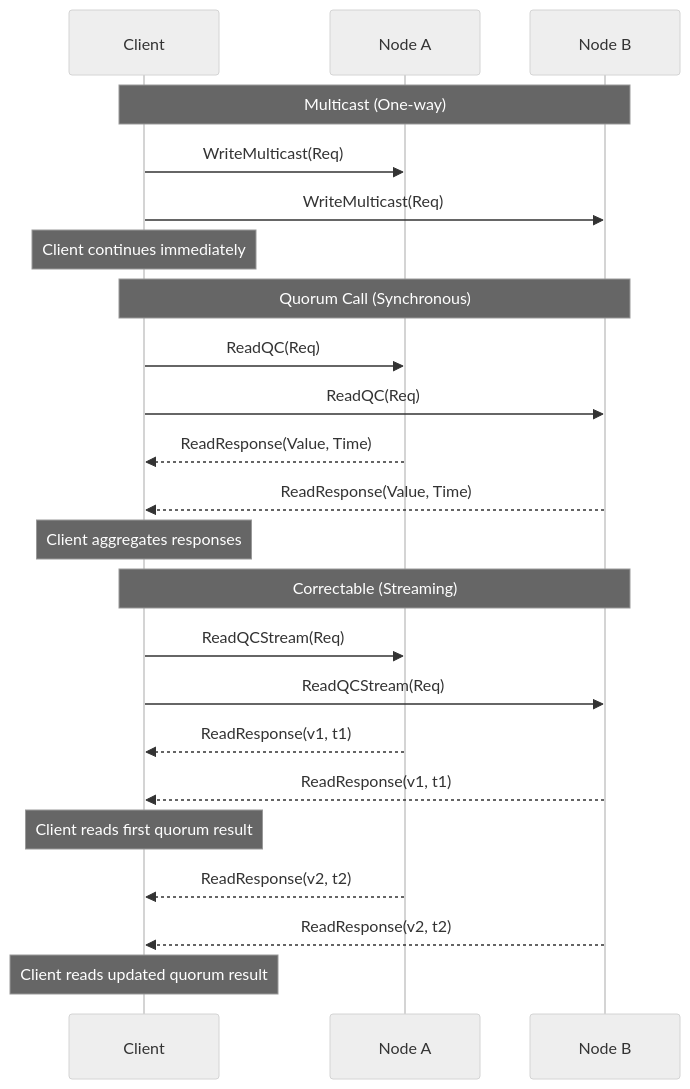
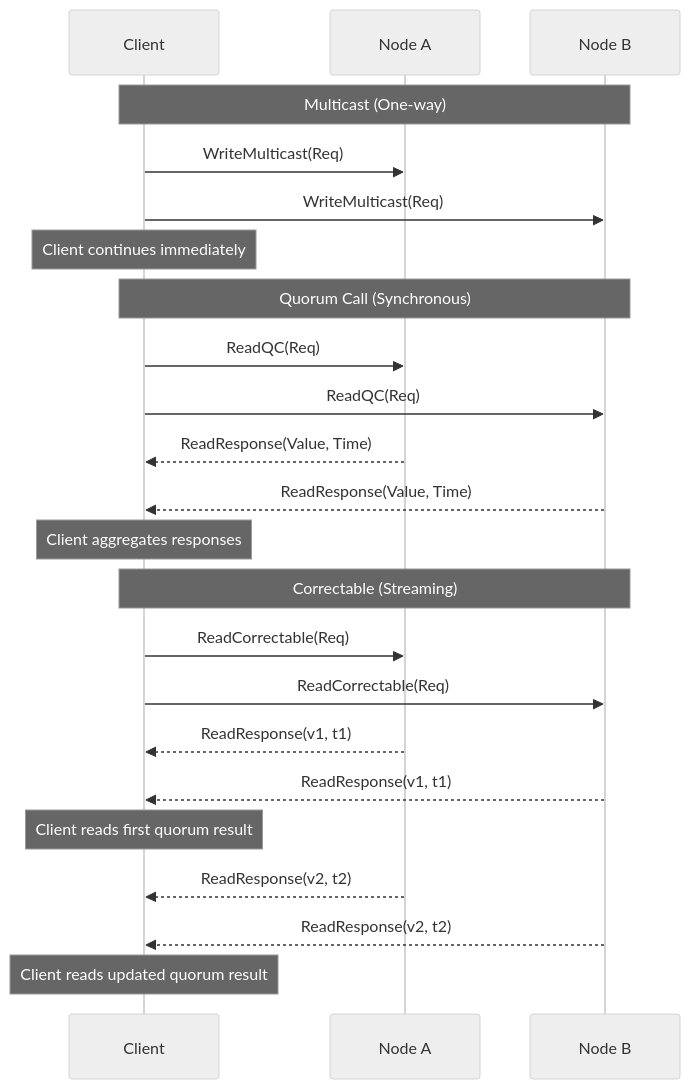
One commit to relab/gorums changed the first of 3 diagrams in doc/user-guide.md. Above: the diagram before and after it, drawn with Mermaid (neutral theme). The commit also changed other lines of this file, not shown here.

````diff
--- a/doc/user-guide.md
+++ b/doc/user-guide.md
@@ -76,28 +76,28 @@
 ```mermaid
 sequenceDiagram
     participant Client
     participant Node A
     participant Node B
 
     Note over Client,Node B: Multicast (One-way)
     Client->>Node A: WriteMulticast(Req)
     Client->>Node B: WriteMulticast(Req)
     Note over Client: Client continues immediately
 
     Note over Client,Node B: Quorum Call (Synchronous)
     Client->>Node A: ReadQC(Req)
     Client->>Node B: ReadQC(Req)
     Node A-->>Client: ReadResponse(Value, Time)
     Node B-->>Client: ReadResponse(Value, Time)
     Note over Client: Client aggregates responses
 
     Note over Client,Node B: Correctable (Streaming)
-    Client->>Node A: ReadQCStream(Req)
-    Client->>Node B: ReadQCStream(Req)
+    Client->>Node A: ReadCorrectable(Req)
+    Client->>Node B: ReadCorrectable(Req)
     Node A-->>Client: ReadResponse(v1, t1)
     Node B-->>Client: ReadResponse(v1, t1)
     Note over Client: Client reads first quorum result
     Node A-->>Client: ReadResponse(v2, t2)
     Node B-->>Client: ReadResponse(v2, t2)
     Note over Client: Client reads updated quorum result
 ```
````
